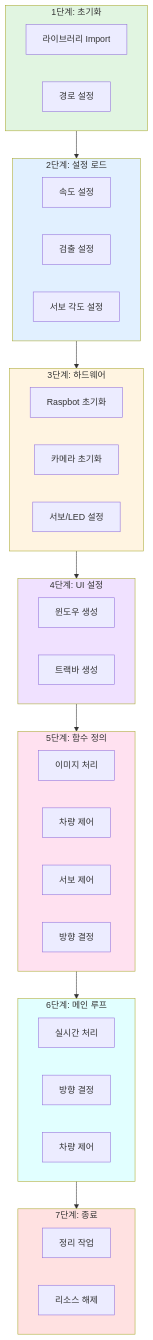
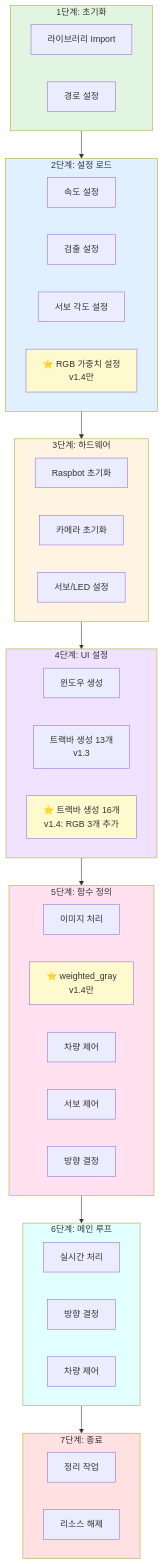
The second of 12 diagrams in 03_self_driving/AUTOPLOT_SYSTEM_ANALYSIS.md (Collegenie-X/Raspbot-v2-self-driving-car), drawn with Mermaid before and after one commit. The commit also changed other lines of this file and 5 other files, not shown here.

````diff
--- a/03_self_driving/AUTOPLOT_SYSTEM_ANALYSIS.md
+++ b/03_self_driving/AUTOPLOT_SYSTEM_ANALYSIS.md
@@ -123,52 +176,58 @@
 ```mermaid
 flowchart TB
     subgraph Step1[1단계: 초기화]
         A1[라이브러리 Import]
         A2[경로 설정]
     end
     
     subgraph Step2[2단계: 설정 로드]
         B1[속도 설정]
         B2[검출 설정]
         B3[서보 각도 설정]
+        B4[⭐ RGB 가중치 설정<br/>v1.4만]
     end
     
     subgraph Step3[3단계: 하드웨어]
         C1[Raspbot 초기화]
         C2[카메라 초기화]
         C3[서보/LED 설정]
     end
     
     subgraph Step4[4단계: UI 설정]
         D1[윈도우 생성]
-        D2[트랙바 생성]
+        D2[트랙바 생성 13개<br/>v1.3]
+        D3[⭐ 트랙바 생성 16개<br/>v1.4: RGB 3개 추가]
     end
     
     subgraph Step5[5단계: 함수 정의]
         E1[이미지 처리]
-        E2[차량 제어]
-        E3[서보 제어]
-        E4[방향 결정]
+        E2[⭐ weighted_gray<br/>v1.4만]
+        E3[차량 제어]
+        E4[서보 제어]
+        E5[방향 결정]
     end
     
     subgraph Step6[6단계: 메인 루프]
         F1[실시간 처리]
         F2[방향 결정]
         F3[차량 제어]
     end
     
     subgraph Step7[7단계: 종료]
         G1[정리 작업]
         G2[리소스 해제]
     end
     
     Step1 --> Step2 --> Step3 --> Step4 --> Step5 --> Step6 --> Step7
     
     style Step1 fill:#e1f5e1
     style Step2 fill:#e1f0ff
     style Step3 fill:#fff4e1
     style Step4 fill:#f0e1ff
     style Step5 fill:#ffe1f0
     style Step6 fill:#e1ffff
     style Step7 fill:#ffe1e1
+    style B4 fill:#fffacd
+    style D3 fill:#fffacd
+    style E2 fill:#fffacd
 ```
````
